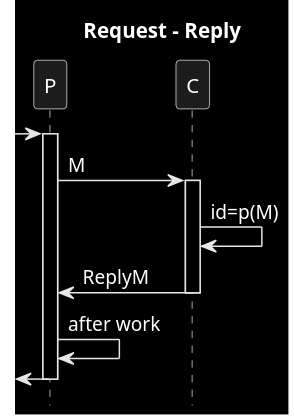
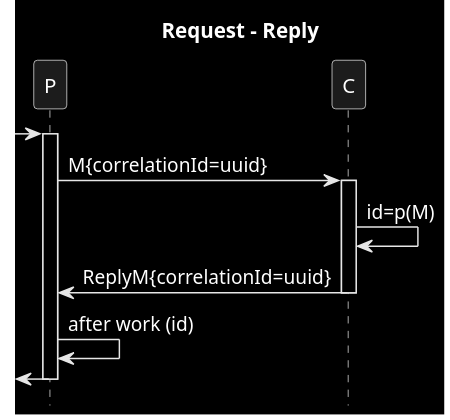
The diagram in patterns/4_request_reply.puml (victorrentea/kafka), drawn with PlantUML before and after one commit. The commit also changed 14 other files, not shown here.

```diff
--- a/patterns/4_request_reply.puml
+++ b/patterns/4_request_reply.puml
@@ -1,15 +1,15 @@
 @startuml
 title Request - Reply
 hide footbox
 skinparam monochrome reverse
 ->P
 activate P
-P->C: M
+P->C: M{correlationId=uuid}
 activate C
 C->C: id=p(M)
-C->P: ReplyM
+C->P: ReplyM{correlationId=uuid}
 deactivate C
-P->P: after work
+P->P: after work (id)
 <-P
 deactivate P
 @enduml
```
